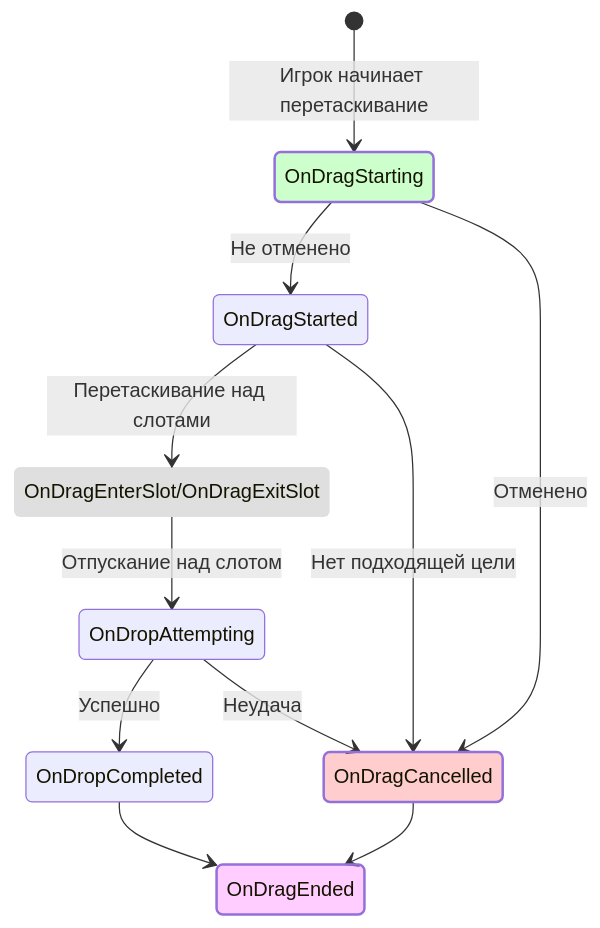
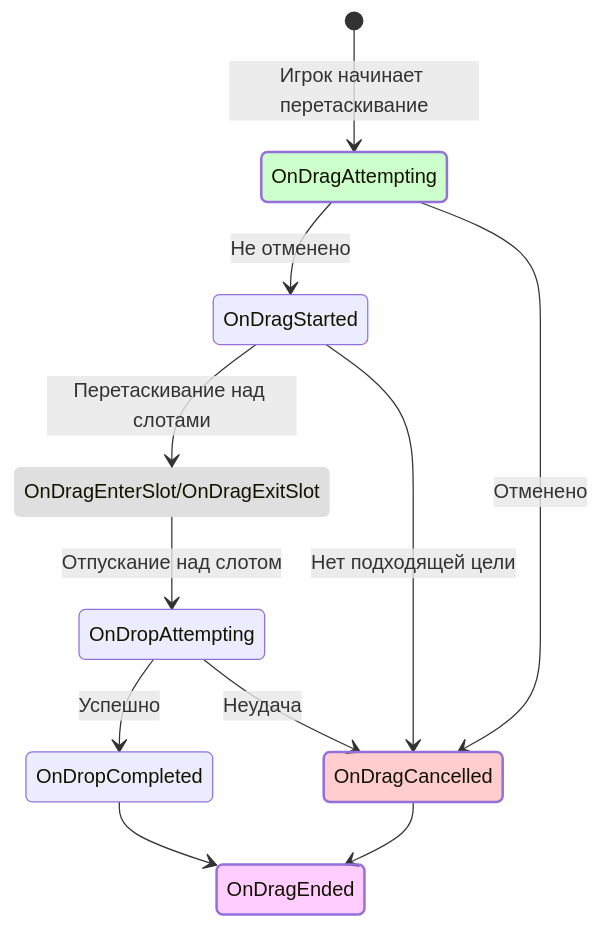
The first of 2 diagrams in .docs/content/reference/events.md (SergeevSergey99/DragAndDropSystem-Docs), drawn with Mermaid before and after one commit. The commit also changed other lines of this file and 2 other files, not shown here.

Commit message:
Переименовал событие

````diff
--- a/.docs/content/reference/events.md
+++ b/.docs/content/reference/events.md
@@ -9,25 +9,25 @@
 ```mermaid
 stateDiagram-v2
     classDef dragEnded fill:#f4f4,stroke-width:2px
     classDef dragCancelled fill:#f444,stroke-width:2px
     classDef dragStarted fill:#4F44,stroke-width:2px
     classDef dragOver fill:#8884,stroke-width:0px
 
     DragOver: OnDragEnterSlot/OnDragExitSlot
 
-    [*] --> OnDragStarting: Игрок начинает перетаскивание
-    OnDragStarting --> OnDragStarted: Не отменено
-    OnDragStarting --> OnDragCancelled: Отменено
+    [*] --> OnDragAttempting: Игрок начинает перетаскивание
+    OnDragAttempting --> OnDragStarted: Не отменено
+    OnDragAttempting --> OnDragCancelled: Отменено
     OnDragStarted --> DragOver: Перетаскивание над слотами
     DragOver --> OnDropAttempting: Отпускание над слотом
     OnDragStarted --> OnDragCancelled: Нет подходящей цели
     OnDropAttempting --> OnDropCompleted: Успешно
     OnDropAttempting --> OnDragCancelled: Неудача
     OnDropCompleted --> OnDragEnded
     OnDragCancelled --> OnDragEnded
 
     class DragOver dragOver
-    class OnDragStarting dragStarted
+    class OnDragAttempting dragStarted
     class OnDragCancelled dragCancelled
     class OnDragEnded dragEnded
 ```
````
